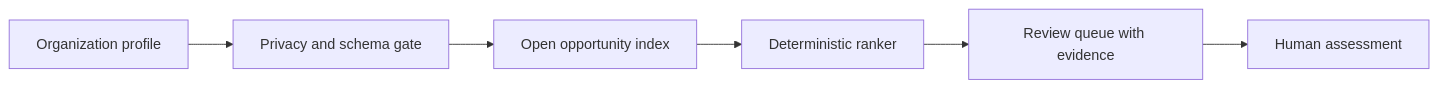
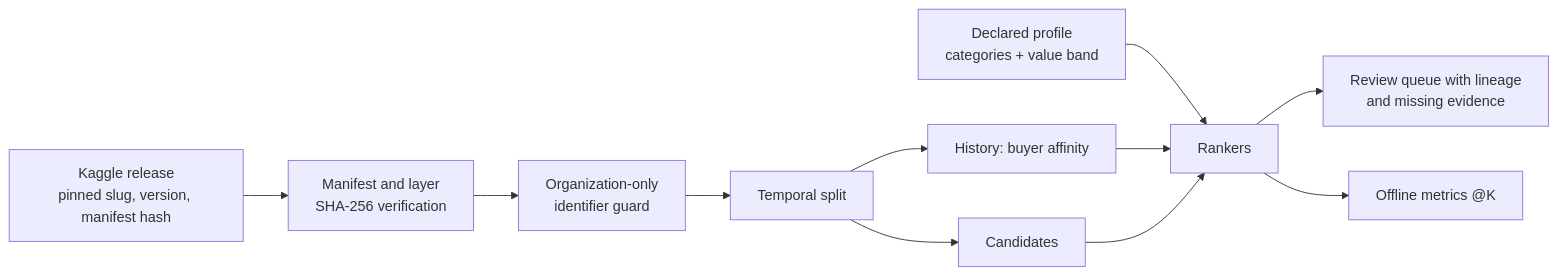
Before and after one commit to LucasRangelSSouza/pncp-opportunity-recommender: the diagram in README.md, drawn with Mermaid. The commit also changed other lines of this file and 4 other files, not shown here.

Commit message:
docs: record PNCP release v1 offline evaluation

````diff
--- a/README.md
+++ b/README.md
@@ -7,8 +9,13 @@
 ```mermaid
 flowchart LR
-    P[Organization profile] --> V[Privacy and schema gate]
-    V --> I[Open opportunity index]
-    I --> R[Deterministic ranker]
-    R --> Q[Review queue with evidence]
-    Q --> H[Human assessment]
+    K[Kaggle release<br/>pinned slug, version, manifest hash] --> V[Manifest and layer<br/>SHA-256 verification]
+    V --> I[Organization-only<br/>identifier guard]
+    I --> S[Temporal split]
+    S --> H[History: buyer affinity]
+    S --> C[Candidates]
+    P[Declared profile<br/>categories + value band] --> R[Rankers]
+    H --> R
+    C --> R
+    R --> Q[Review queue with lineage<br/>and missing evidence]
+    R --> E[Offline metrics @K]
 ```
````
